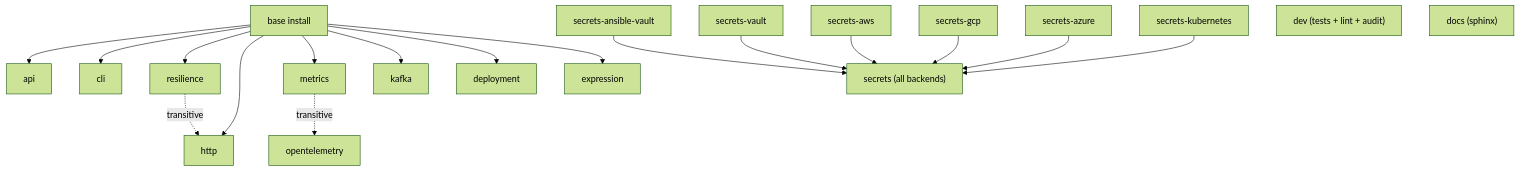
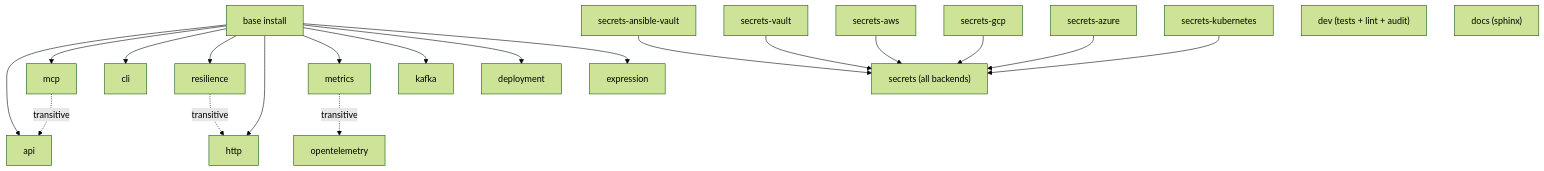
Before and after one commit to hyperi-io/scalo-py: the diagram in docs/EXTRAS-FLAGS.md, drawn with Mermaid (forest theme). The commit also changed other lines of this file and 24 other files, not shown here.

First line of the commit message:
feat(mcp): serve CLI and MCP tools from one OpenAPI spec (#148)

````diff
--- a/docs/EXTRAS-FLAGS.md
+++ b/docs/EXTRAS-FLAGS.md
@@ -47,42 +47,46 @@
 ```mermaid
 flowchart TB
     Base["base install"]
     API["api"]
+    MCP["mcp"]
     CLI["cli"]
     Resil["resilience"]
     HTTP["http"]
     Metrics["metrics"]
     OTel["opentelemetry"]
     Kafka["kafka"]
     Expr["expression"]
     Deploy["deployment"]
     SAV["secrets-ansible-vault"]
     SV["secrets-vault"]
     SA["secrets-aws"]
     SG["secrets-gcp"]
     SAz["secrets-azure"]
     SK["secrets-kubernetes"]
     SAll["secrets (all backends)"]
     Dev["dev (tests + lint + audit)"]
     Docs["docs (sphinx)"]
 
     Base --> API
+    Base --> MCP
     Base --> CLI
     Base --> Resil
     Base --> HTTP
     Base --> Metrics
     Base --> Kafka
     Base --> Deploy
     Base --> Expr
 
     Resil -.transitive.-> HTTP
 
+    MCP -.transitive.-> API
+
     Metrics -.transitive.-> OTel
 
     SAV --> SAll
     SV --> SAll
     SA --> SAll
     SG --> SAll
     SAz --> SAll
     SK --> SAll
 ```
````
